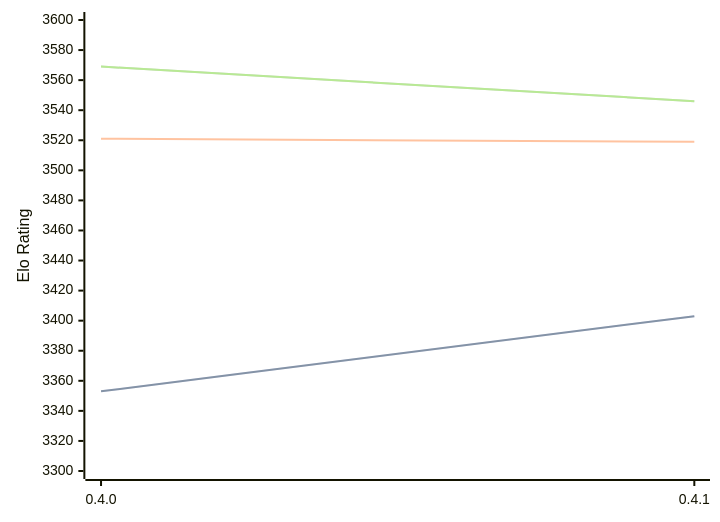
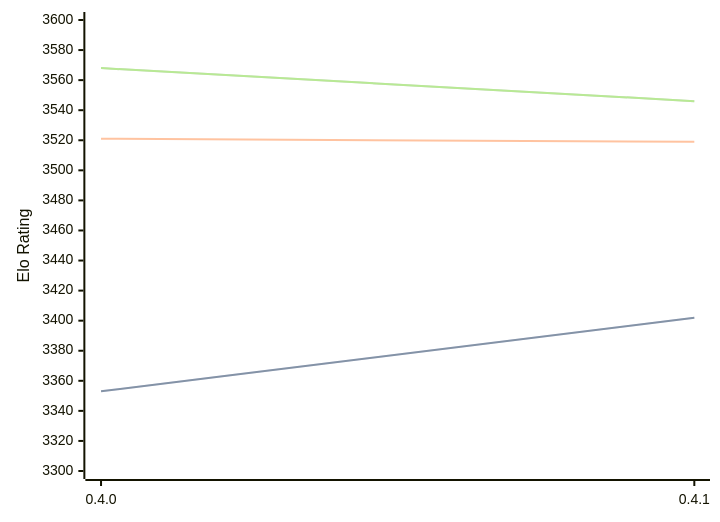
Before and after one commit to computer-chess-index/cci: the diagram in engines/Cinder.md, drawn with Mermaid. The commit also changed other lines of this file, not shown here.

Commit message:
Update CCI Ratings (ELO VLTC) - 2026-02-28

````diff
--- a/engines/Cinder.md
+++ b/engines/Cinder.md
@@ -38,11 +38,11 @@
 ```mermaid
 %%{init: {"theme":"base","themeVariables":{"seriesColors:['#a3a3a3','#222221','#faa371']}}}%%
 xychart-beta
   x-axis ["0.4.0", "0.4.1"]
   y-axis "Elo Rating" 3300 --> 3600
-  line "STC (8.0+0.08s)" [3353, 3403]
-  line "STC (8.0+0.08s)" [3353, 3403]
+  line "STC (8.0+0.08s)" [3353, 3402]
+  line "STC (8.0+0.08s)" [3353, 3402]
   line "LTC (60.0+0.60s)" [3521, 3519]
-  line "VLTC (2m24s+1.12s)" [3569, 3546]
-  line "VLTC (2m24s+1.12s)" [3569, 3546]
+  line "VLTC (2m24s+1.12s)" [3568, 3546]
+  line "VLTC (2m24s+1.12s)" [3568, 3546]
 ```
````
